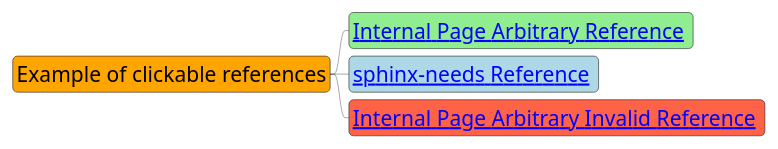
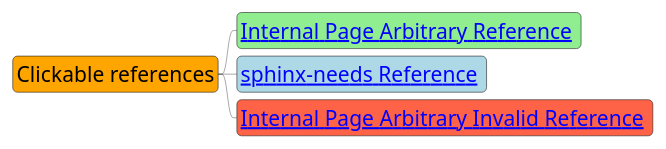
The diagram in doc/source/test/textx/testz/test-plantuml3.rst (mi-parkes/sphinx-diagram-connect), drawn with PlantUML before and after one commit. The commit also changed 29 other files, not shown here.

Commit message:
docs: Add Sphinx architecture overview

```diff
--- a/doc/source/test/textx/testz/test-plantuml3.rst
+++ b/doc/source/test/textx/testz/test-plantuml3.rst
@@ -16,14 +16,14 @@
 .. uml::
     :caption: PlantUML Caption with **bold** and *italic*
     :name: PlantUML Label2
 
     @startmindmap mindmap2
     scale 0.3
     skinparam defaultFontSize 56
 
-    *[#Orange] Example of clickable references
+    *[#Orange] Clickable references
     **[#lightgreen] [[ ":ref:`plantuml label1`" Internal Page Arbitrary Reference ]]
     **[#lightblue] [[ ":ref:`N_00001`" sphinx-needs Reference ]]
     **[#Tomato] [[ ":ref:`N_00003`" Internal Page Arbitrary Invalid Reference ]]
 
     @endmindmap
```
